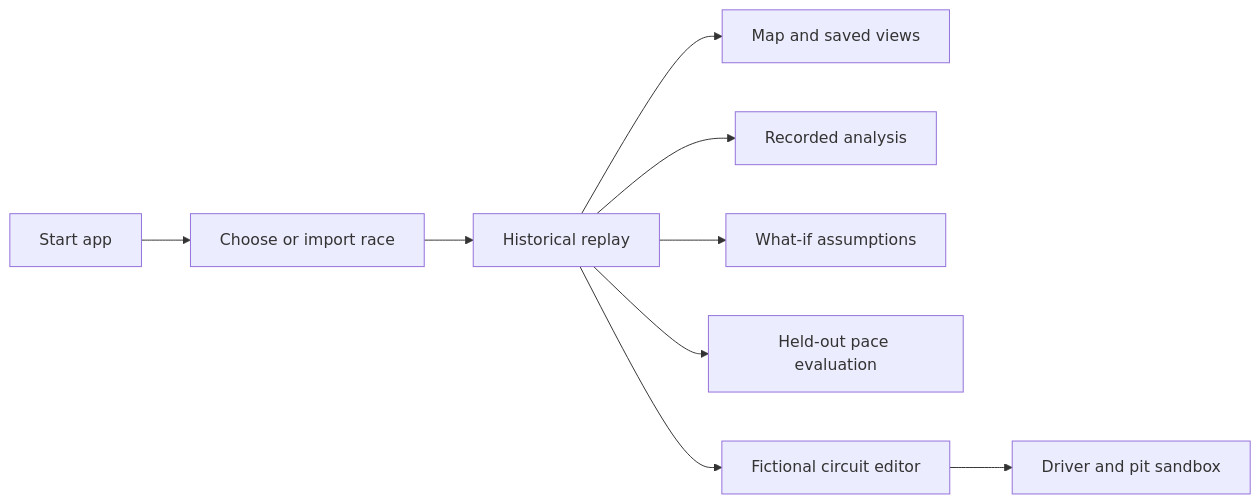
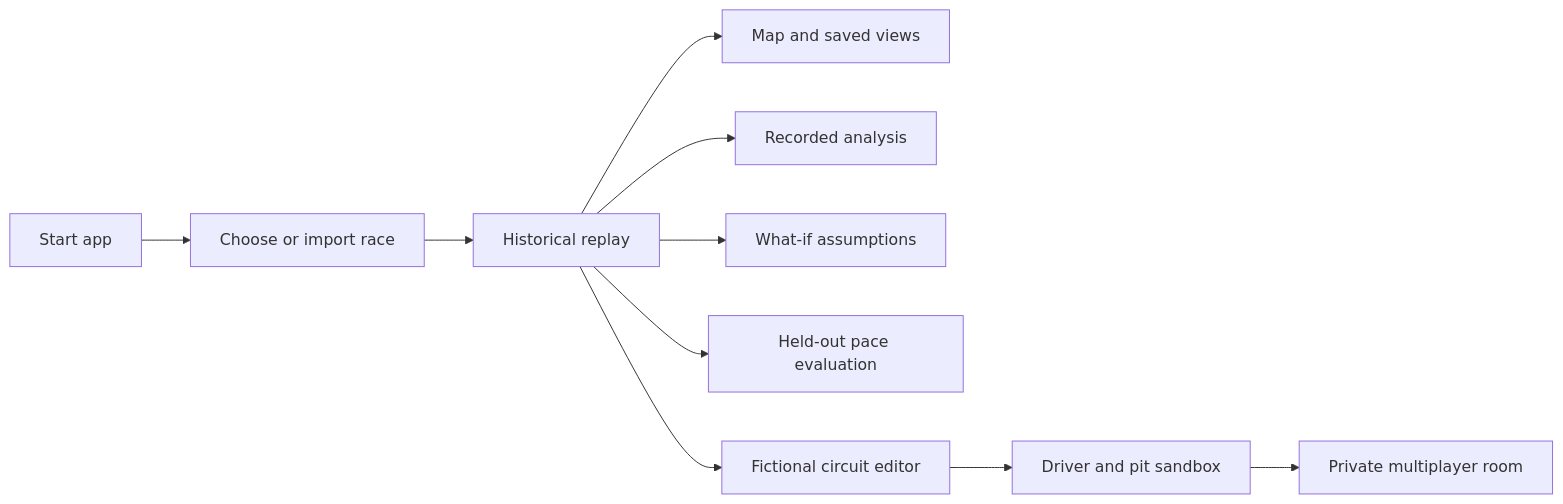
Before and after one commit to NirmithDev/pitwall: the diagram in docs/USER-GUIDE.md, drawn with Mermaid. The commit also changed other lines of this file and 24 other files, not shown here.

````diff
--- a/docs/USER-GUIDE.md
+++ b/docs/USER-GUIDE.md
@@ -31,11 +33,12 @@
 ```mermaid
 flowchart LR
   Start[Start app] --> Library[Choose or import race]
   Library --> Replay[Historical replay]
   Replay --> Map[Map and saved views]
   Replay --> Analysis[Recorded analysis]
   Replay --> Strategy[What-if assumptions]
   Replay --> Backtest[Held-out pace evaluation]
   Replay --> Editor[Fictional circuit editor]
   Editor --> Sandbox[Driver and pit sandbox]
+  Sandbox --> Room[Private multiplayer room]
 ```
````
